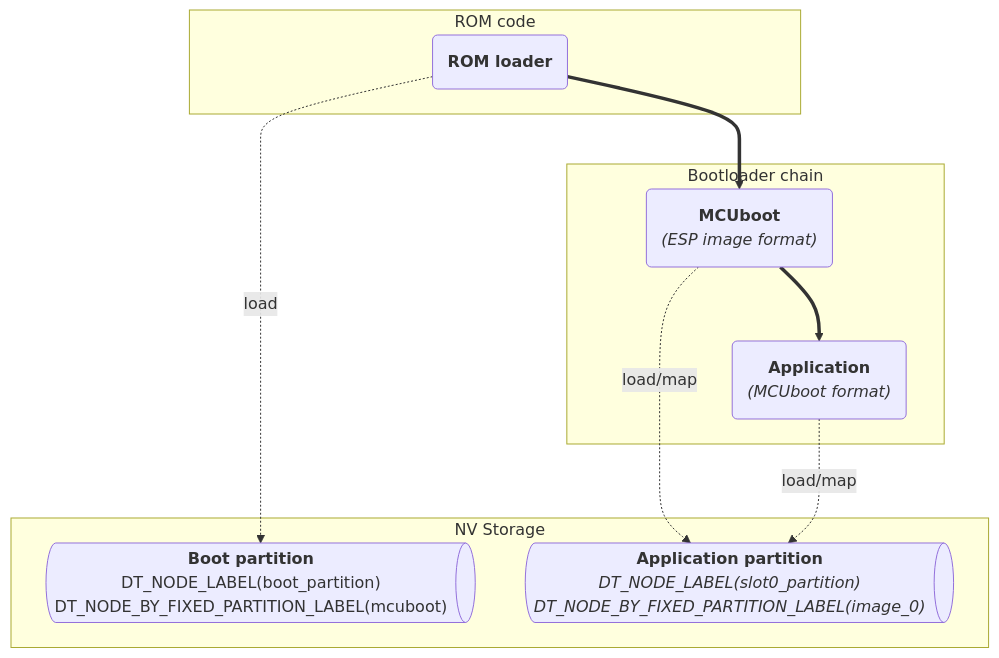
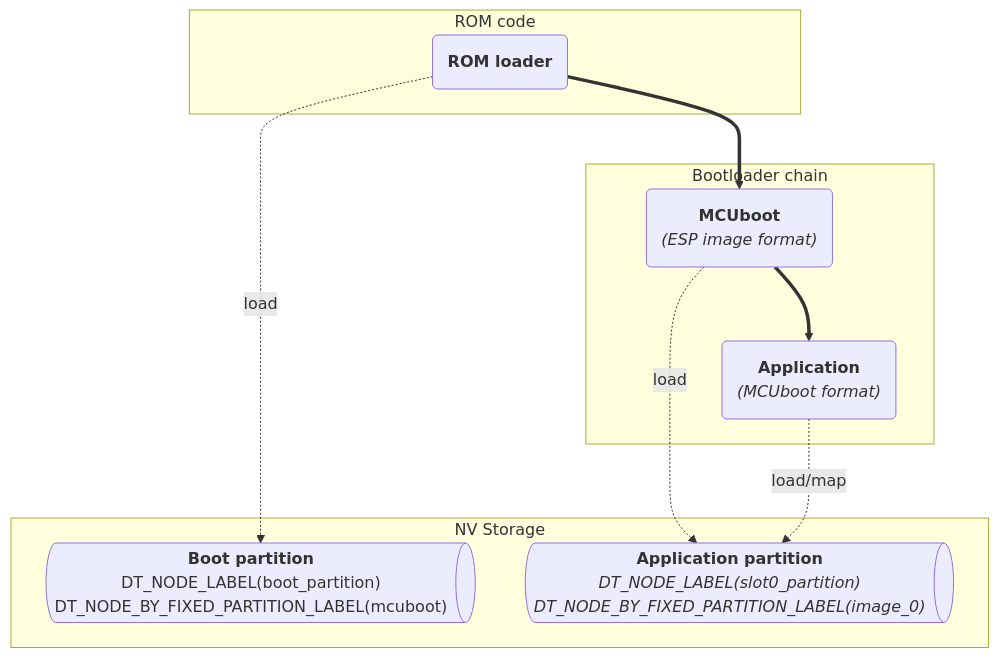
The second of 3 diagrams in content/blog/esp32-bootstrapping/index.md (espressif/developer-portal), drawn with Mermaid before and after one commit. The commit also changed other lines of this file and 5 other files, not shown here.

````diff
--- a/content/blog/esp32-bootstrapping/index.md
+++ b/content/blog/esp32-bootstrapping/index.md
@@ -154,22 +154,22 @@
 ```mermaid
 flowchart TD
 	ROM .->|load| FP0;
-	BL2 .->|load/map| FP1;
+	BL2 .->|load| FP1;
 	APP .->|load/map| FP1;
 	ROM ==> BL2;
 	subgraph RC ["ROM code"];
 	ROM;
 	end;
 	subgraph "Bootloader chain";
 	BL2 ==> APP;
 	end;
 	subgraph "NV Storage";
 	FP0;
 	FP1;
 	end;
 	ROM@{ shape: rounded, label: "**ROM loader**" };
 	BL2@{ shape: rounded, label: "**MCUboot** </br>*(ESP image format)*" };
 	APP@{ shape: rounded, label: "**Application** </br>*(MCUboot format)*" };
 	FP0@{ shape: das, label: "**Boot partition**</br>DT_NODE_LABEL(boot_partition)</br>DT_NODE_BY_FIXED_PARTITION_LABEL(mcuboot)" };
 	FP1@{ shape: das, label: "**Application partition**</br>*DT_NODE_LABEL(slot0_partition)*</br>*DT_NODE_BY_FIXED_PARTITION_LABEL(image_0)*" };
 ```
````
